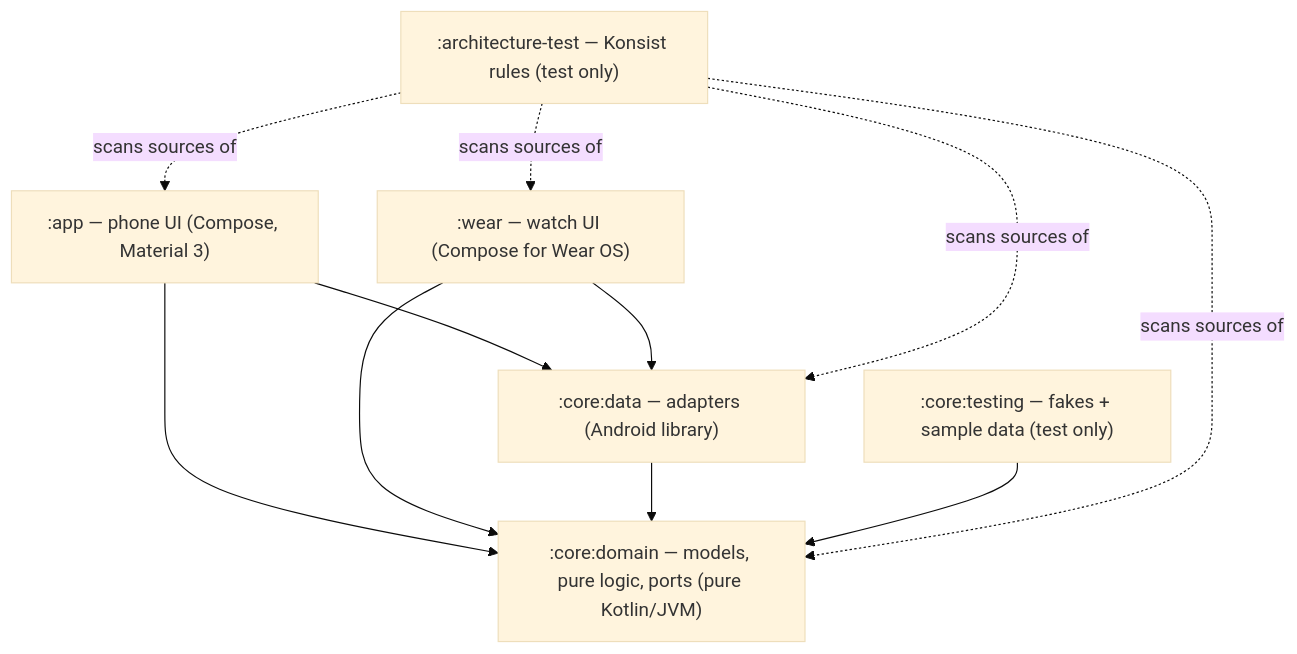
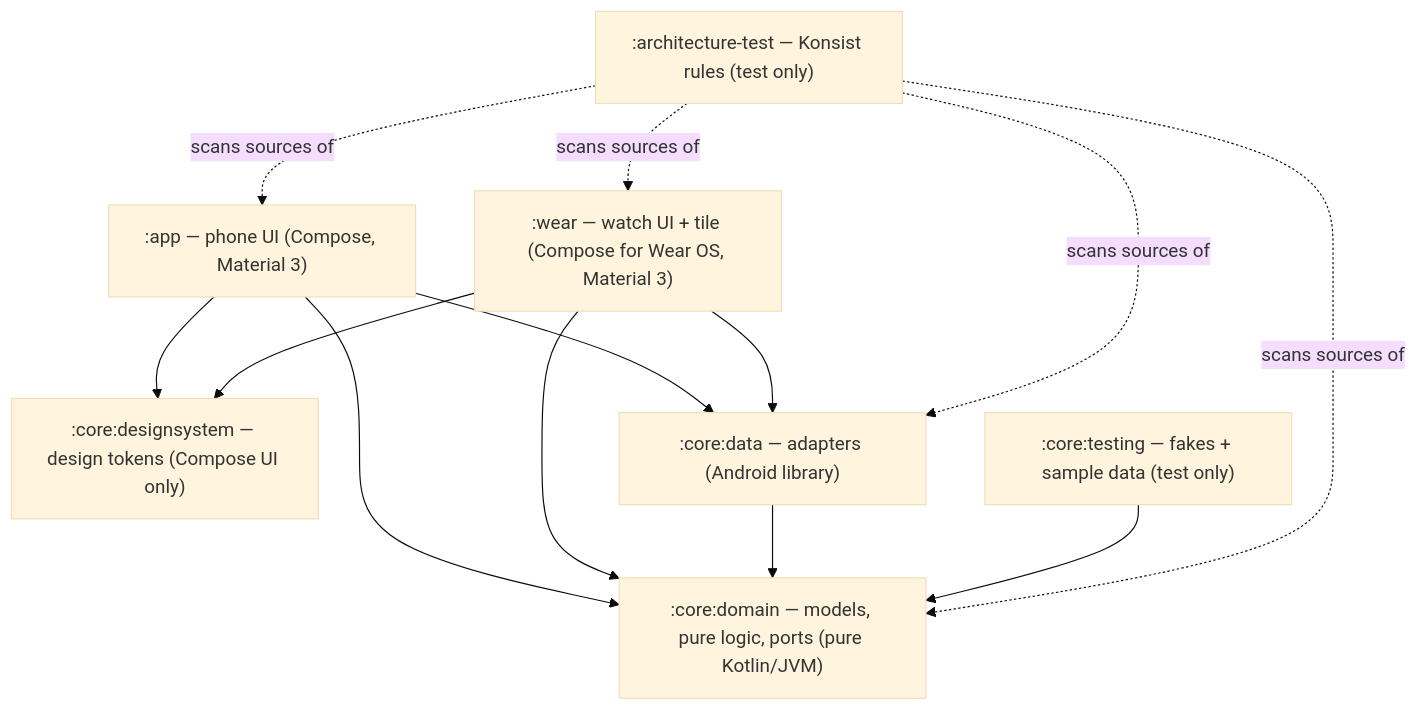
Before and after one commit to Fa-d/QIt: the diagram in docs/ARCHITECTURE.md, drawn with Mermaid (base theme). The commit also changed other lines of this file and 8 other files, not shown here.

First line of the commit message:
chore: Tighten the gate now that every screen is on the design tokens

````diff
--- a/docs/ARCHITECTURE.md
+++ b/docs/ARCHITECTURE.md
@@ -10,20 +10,23 @@
 ```mermaid
 flowchart TD
     app[":app — phone UI (Compose, Material 3)"]
-    wear[":wear — watch UI (Compose for Wear OS)"]
+    wear[":wear — watch UI + tile (Compose for Wear OS, Material 3)"]
+    ds[":core:designsystem — design tokens (Compose UI only)"]
     data[":core:data — adapters (Android library)"]
     domain[":core:domain — models, pure logic, ports (pure Kotlin/JVM)"]
     testing[":core:testing — fakes + sample data (test only)"]
     arch[":architecture-test — Konsist rules (test only)"]
 
     app --> data
     app --> domain
+    app --> ds
     wear --> data
     wear --> domain
+    wear --> ds
     data --> domain
     testing --> domain
     arch -.->|scans sources of| app
     arch -.->|scans sources of| wear
     arch -.->|scans sources of| data
     arch -.->|scans sources of| domain
 ```
````
